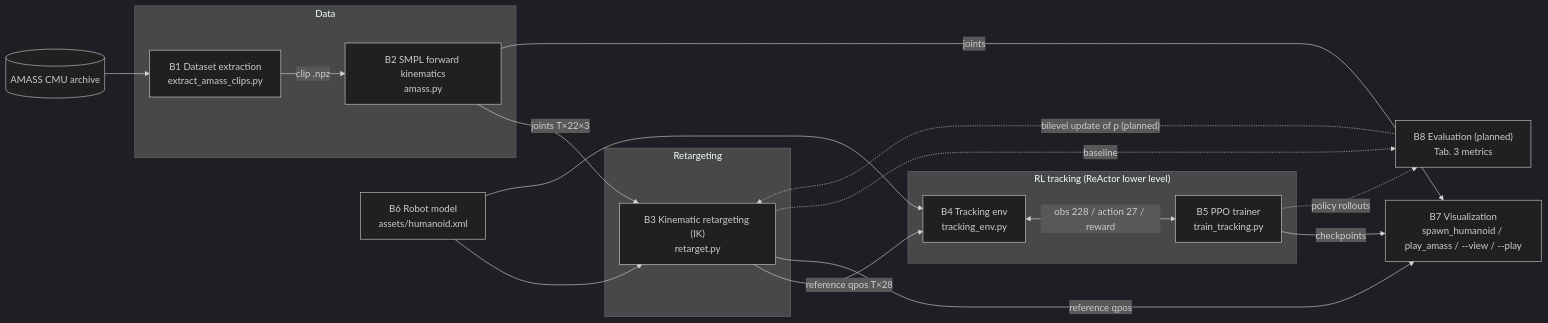
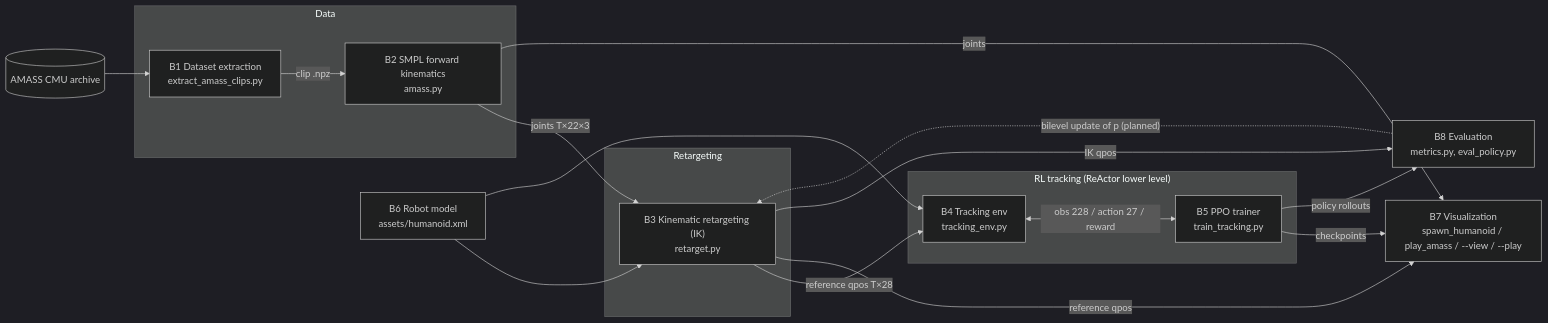
Before and after one commit to Interactics/implement_of_bionic_algorithm: the first of 3 diagrams in docs/architecture.md, drawn with Mermaid (dark theme). The commit also changed other lines of this file and 25 other files, not shown here.

````diff
--- a/docs/architecture.md
+++ b/docs/architecture.md
@@ -7,30 +9,30 @@
 ```mermaid
 flowchart LR
     subgraph Data
         B1["B1 Dataset extraction<br/>extract_amass_clips.py"]
         B2["B2 SMPL forward kinematics<br/>amass.py"]
     end
     subgraph Retargeting
         B3["B3 Kinematic retargeting (IK)<br/>retarget.py"]
     end
     subgraph RL["RL tracking (ReActor lower level)"]
         B4["B4 Tracking env<br/>tracking_env.py"]
         B5["B5 PPO trainer<br/>train_tracking.py"]
     end
     B6["B6 Robot model<br/>assets/humanoid.xml"]
     B7["B7 Visualization<br/>spawn_humanoid / play_amass / --view / --play"]
-    B8["B8 Evaluation (planned)<br/>Tab. 3 metrics"]
+    B8["B8 Evaluation<br/>metrics.py, eval_policy.py"]
 
     AR[("AMASS CMU archive")] --> B1 -->|clip .npz| B2
     B2 -->|joints T×22×3| B3
     B6 --> B3
     B3 -->|reference qpos T×28| B4
     B6 --> B4
     B4 <-->|obs 228 / action 27 / reward| B5
     B5 -->|checkpoints| B7
     B3 -->|reference qpos| B7
     B2 -->|joints| B7
-    B3 -.->|baseline| B8
-    B5 -.->|policy rollouts| B8
+    B3 -->|IK qpos| B8
+    B5 -->|policy rollouts| B8
     B8 -.->|"bilevel update of p (planned)"| B3
 ```
````
